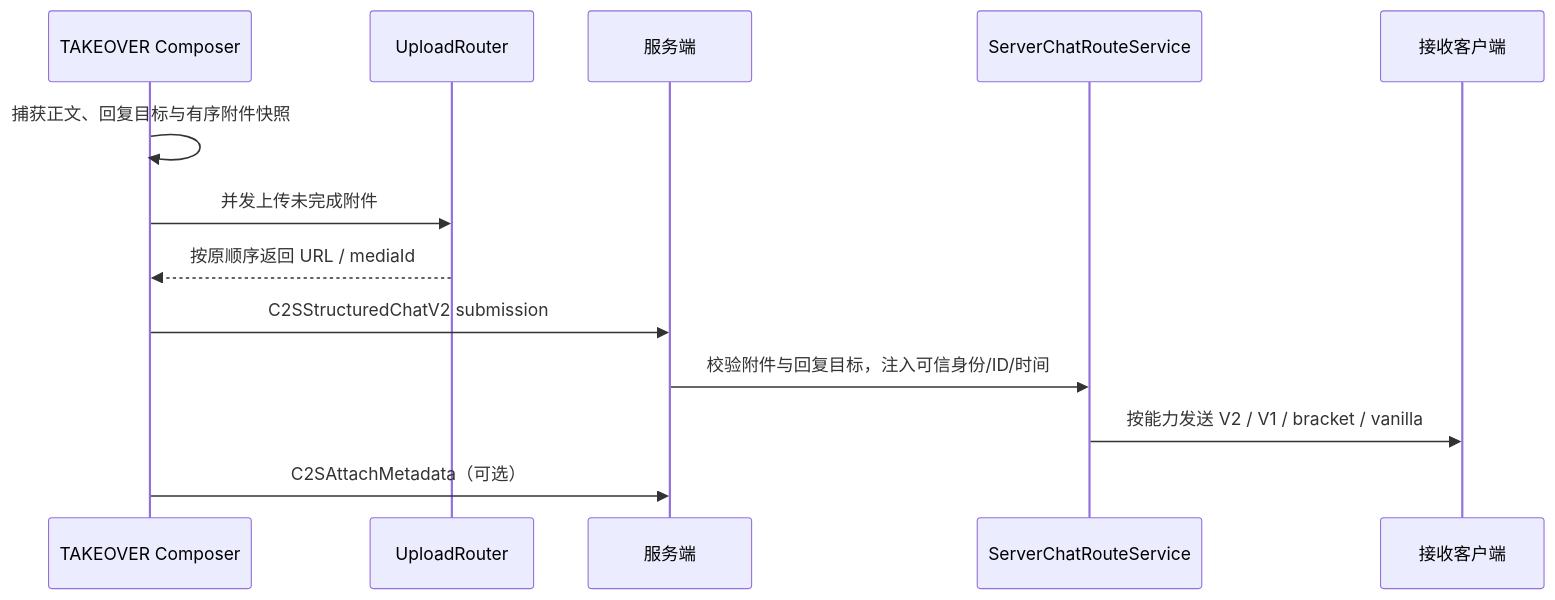
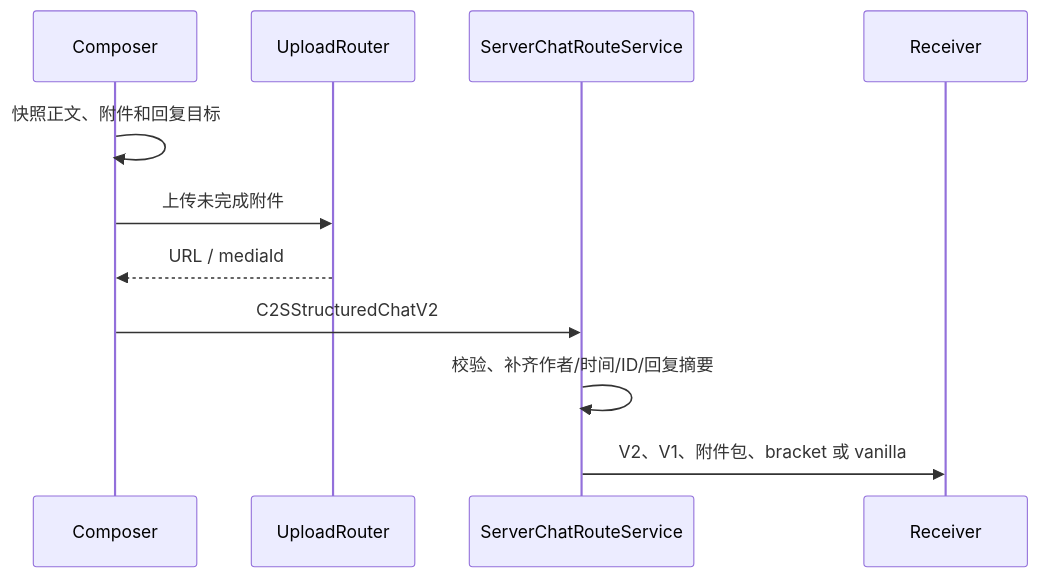
Before and after one commit to LoosePrince/chat-upgrade: the diagram in docs/protocol-and-routing.md, drawn with Mermaid. The commit also changed other lines of this file and 8 other files, not shown here.

````diff
--- a/docs/protocol-and-routing.md
+++ b/docs/protocol-and-routing.md
@@ -88,16 +50,14 @@
 ```mermaid
 sequenceDiagram
-    participant Composer as TAKEOVER Composer
-    participant Upload as UploadRouter
-    participant Server as 服务端
-    participant Route as ServerChatRouteService
-    participant Target as 接收客户端
+    participant C as Composer
+    participant U as UploadRouter
+    participant S as ServerChatRouteService
+    participant R as Receiver
 
-    Composer->>Composer: 捕获正文、回复目标与有序附件快照
-    Composer->>Upload: 并发上传未完成附件
-    Upload-->>Composer: 按原顺序返回 URL / mediaId
-    Composer->>Server: C2SStructuredChatV2 submission
-    Server->>Route: 校验附件与回复目标，注入可信身份/ID/时间
-    Route->>Target: 按能力发送 V2 / V1 / bracket / vanilla
-    Composer->>Server: C2SAttachMetadata（可选）
+    C->>C: 快照正文、附件和回复目标
+    C->>U: 上传未完成附件
+    U-->>C: URL / mediaId
+    C->>S: C2SStructuredChatV2
+    S->>S: 校验、补齐作者/时间/ID/回复摘要
+    S->>R: V2、V1、附件包、bracket 或 vanilla
 ```
````
